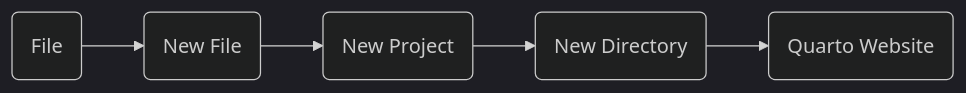
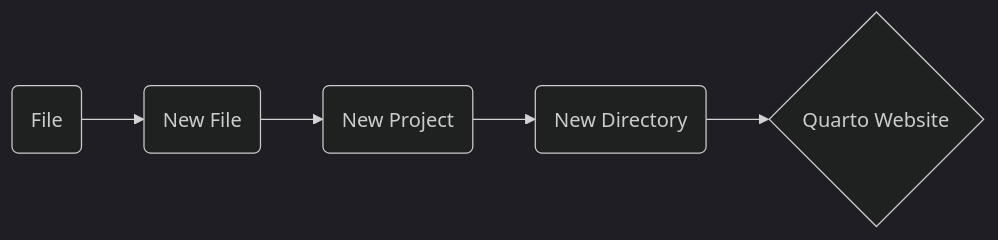
The first of 3 diagrams in introducao_quarto_markdown.qmd (francojra/introducao_ao_quarto), drawn with Mermaid (dark theme) before and after one commit. The commit also changed other lines of this file, not shown here.

````diff
--- a/introducao_quarto_markdown.qmd
+++ b/introducao_quarto_markdown.qmd
@@ -72,7 +72,7 @@
 ```{mermaid}
 flowchart LR
   A(File) --> B(New File)
   B --> C(New Project)
   C --> D(New Directory)
-  D --> E(Quarto Website)
+  D --> E{Quarto Website}
 ```
````
